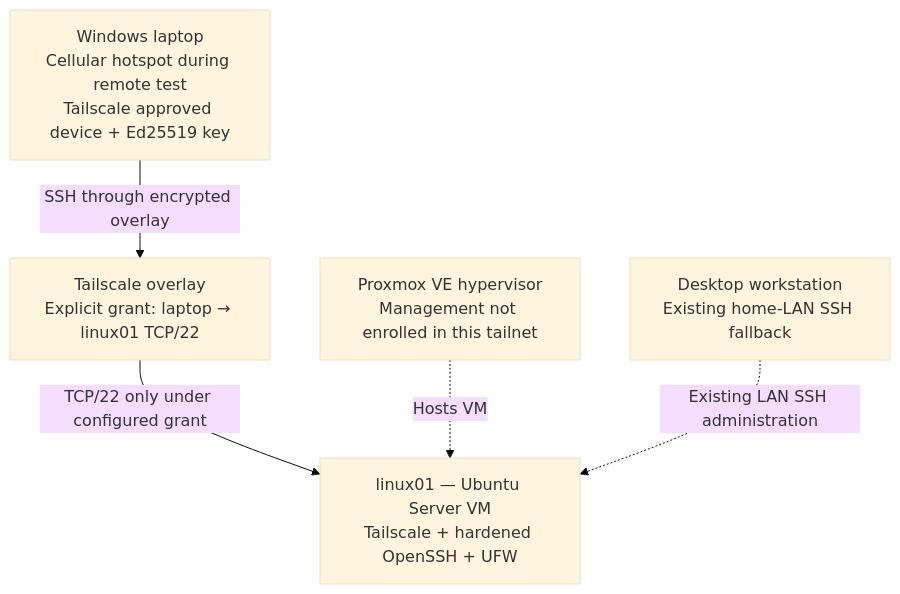
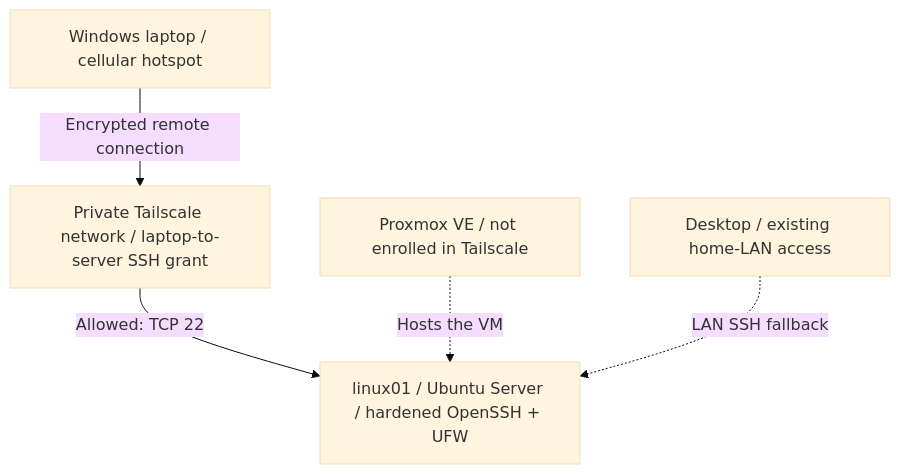
The diagram in README.md (KingRichardVII/tailscale-secure-remote-access), drawn with Mermaid (base theme) before and after one commit. The commit also changed other lines of this file, not shown here.

Commit message:
docs: improve Tailscale README clarity and writing style

````diff
--- a/README.md
+++ b/README.md
@@ -13,13 +20,12 @@
 ```mermaid
 flowchart TB
-    L["Windows laptop<br/>Cellular hotspot during remote test<br/>Tailscale approved device + Ed25519 key"]
-    T["Tailscale overlay<br/>Explicit grant: laptop → linux01 TCP/22"]
-    U["linux01 — Ubuntu Server VM<br/>Tailscale + hardened OpenSSH + UFW"]
-    P["Proxmox VE hypervisor<br/>Management not enrolled in this tailnet"]
-    D["Desktop workstation<br/>Existing home-LAN SSH fallback"]
-
-    L -->|"SSH through encrypted overlay"| T
-    T -->|"TCP/22 only under configured grant"| U
-    P -.->|"Hosts VM"| U
-    D -.->|"Existing LAN SSH administration"| U
+    L["Windows laptop / cellular hotspot"]
+    T["Private Tailscale network / laptop-to-server SSH grant"]
+    U["linux01 / Ubuntu Server / hardened OpenSSH + UFW"]
+    P["Proxmox VE / not enrolled in Tailscale"]
+    D["Desktop / existing home-LAN access"]
+    L -->|"Encrypted remote connection"| T
+    T -->|"Allowed: TCP 22"| U
+    P -.->|"Hosts the VM"| U
+    D -.->|"LAN SSH fallback"| U
 ```
````
